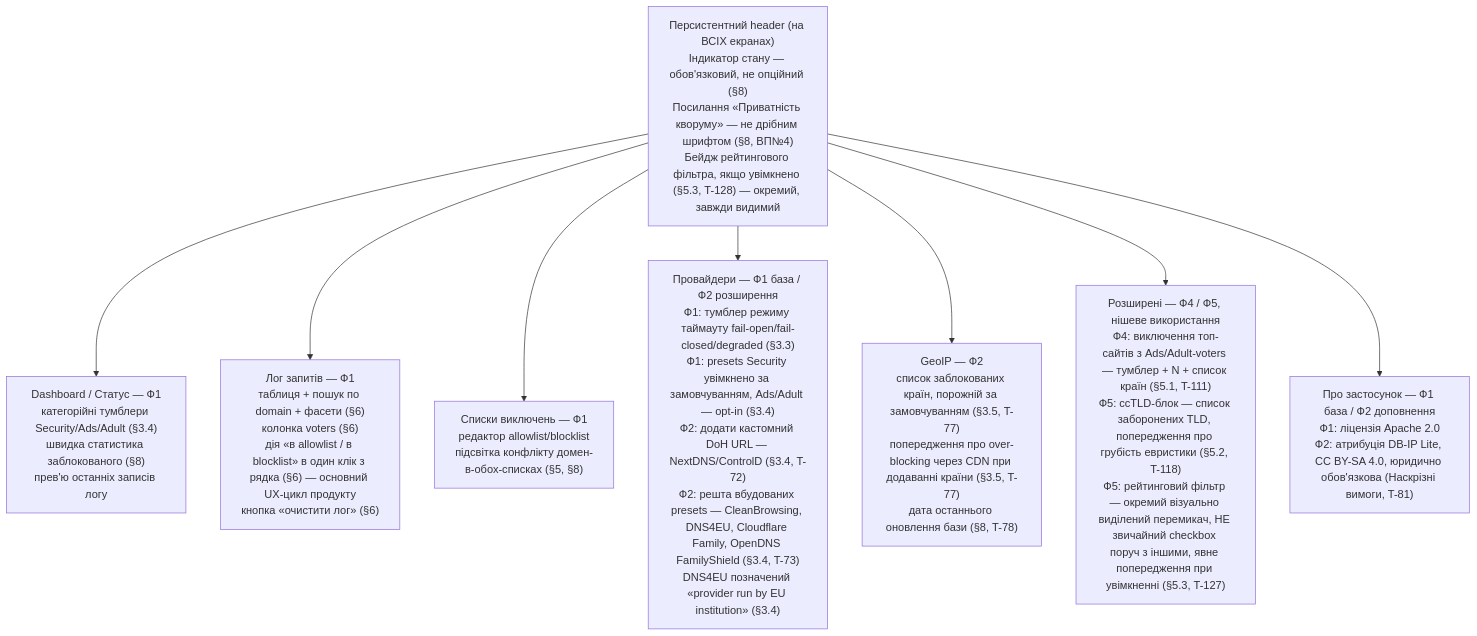
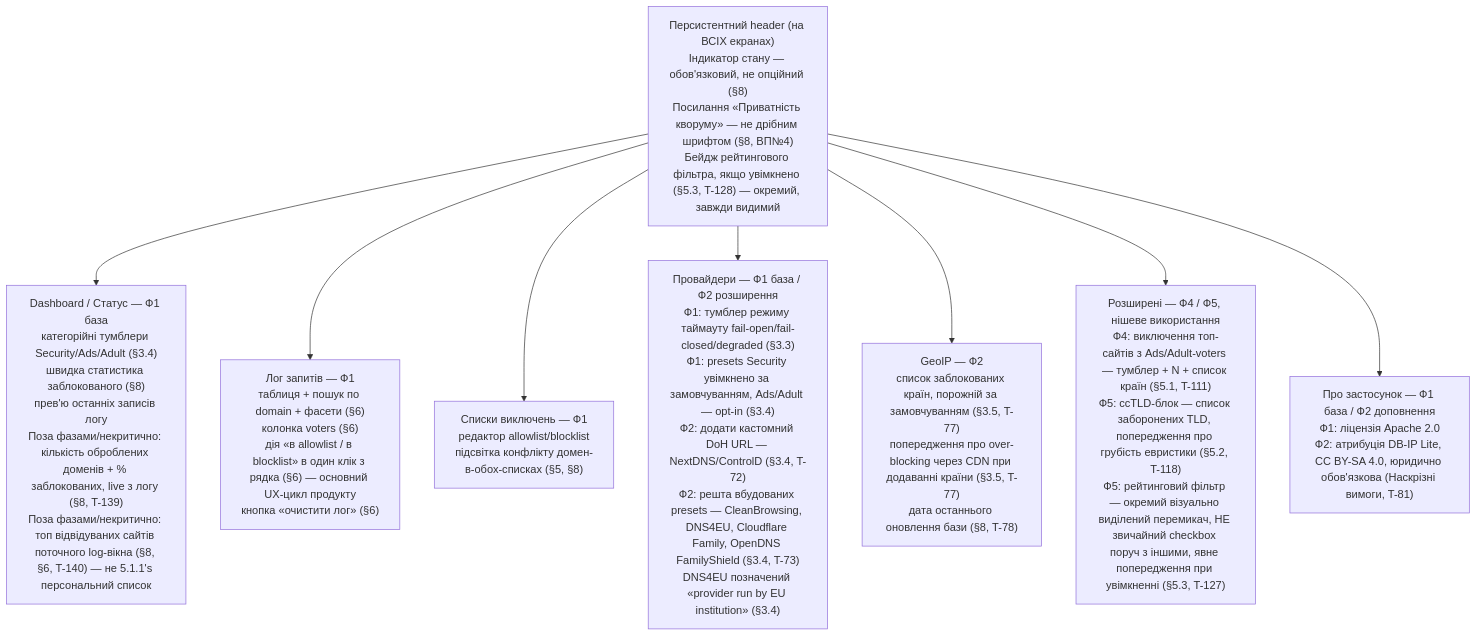
Before and after one commit to user137/dns-quorum-filter: the diagram in diagrams/ui-navigation.md, drawn with Mermaid. The commit also changed other lines of this file and 4 other files, not shown here.

````diff
--- a/diagrams/ui-navigation.md
+++ b/diagrams/ui-navigation.md
@@ -11,26 +11,26 @@
 ```mermaid
 flowchart TD
     Header["Персистентний header (на ВСІХ екранах)<br/>Індикатор стану — обов'язковий, не опційний (§8)<br/>Посилання «Приватність кворуму» — не дрібним шрифтом (§8, ВП№4)<br/>Бейдж рейтингового фільтра, якщо увімкнено (§5.3, T-128) — окремий, завжди видимий"]
 
     Header --> Dashboard
     Header --> Log
     Header --> Lists
     Header --> Providers
     Header --> GeoIP
     Header --> Advanced
     Header --> About
 
-    Dashboard["Dashboard / Статус — Ф1<br/>категорійні тумблери Security/Ads/Adult (§3.4)<br/>швидка статистика заблокованого (§8)<br/>прев'ю останніх записів логу"]
+    Dashboard["Dashboard / Статус — Ф1 база<br/>категорійні тумблери Security/Ads/Adult (§3.4)<br/>швидка статистика заблокованого (§8)<br/>прев'ю останніх записів логу<br/>Поза фазами/некритично: кількість оброблених доменів + % заблокованих, live з логу (§8, T-139)<br/>Поза фазами/некритично: топ відвідуваних сайтів поточного log-вікна (§8, §6, T-140) — не 5.1.1's персональний список"]
 
     Log["Лог запитів — Ф1<br/>таблиця + пошук по domain + фасети (§6)<br/>колонка voters (§6)<br/>дія «в allowlist / в blocklist» в один клік з рядка (§6) — основний UX-цикл продукту<br/>кнопка «очистити лог» (§6)"]
 
     Lists["Списки виключень — Ф1<br/>редактор allowlist/blocklist<br/>підсвітка конфлікту домен-в-обох-списках (§5, §8)"]
 
     Providers["Провайдери — Ф1 база / Ф2 розширення<br/>Ф1: тумблер режиму таймауту fail-open/fail-closed/degraded (§3.3)<br/>Ф1: presets Security увімкнено за замовчуванням, Ads/Adult — opt-in (§3.4)<br/>Ф2: додати кастомний DoH URL — NextDNS/ControlD (§3.4, T-72)<br/>Ф2: решта вбудованих presets — CleanBrowsing, DNS4EU, Cloudflare Family, OpenDNS FamilyShield (§3.4, T-73)<br/>DNS4EU позначений «provider run by EU institution» (§3.4)"]
 
     GeoIP["GeoIP — Ф2<br/>список заблокованих країн, порожній за замовчуванням (§3.5, T-77)<br/>попередження про over-blocking через CDN при додаванні країни (§3.5, T-77)<br/>дата останнього оновлення бази (§8, T-78)"]
 
     Advanced["Розширені — Ф4 / Ф5, нішеве використання<br/>Ф4: виключення топ-сайтів з Ads/Adult-voters — тумблер + N + список країн (§5.1, T-111)<br/>Ф5: ccTLD-блок — список заборонених TLD, попередження про грубість евристики (§5.2, T-118)<br/>Ф5: рейтинговий фільтр — окремий візуально виділений перемикач, НЕ звичайний checkbox поруч з іншими, явне попередження при увімкненні (§5.3, T-127)"]
 
     About["Про застосунок — Ф1 база / Ф2 доповнення<br/>Ф1: ліцензія Apache 2.0<br/>Ф2: атрибуція DB-IP Lite, CC BY-SA 4.0, юридично обов'язкова (Наскрізні вимоги, T-81)"]
 ```
````
